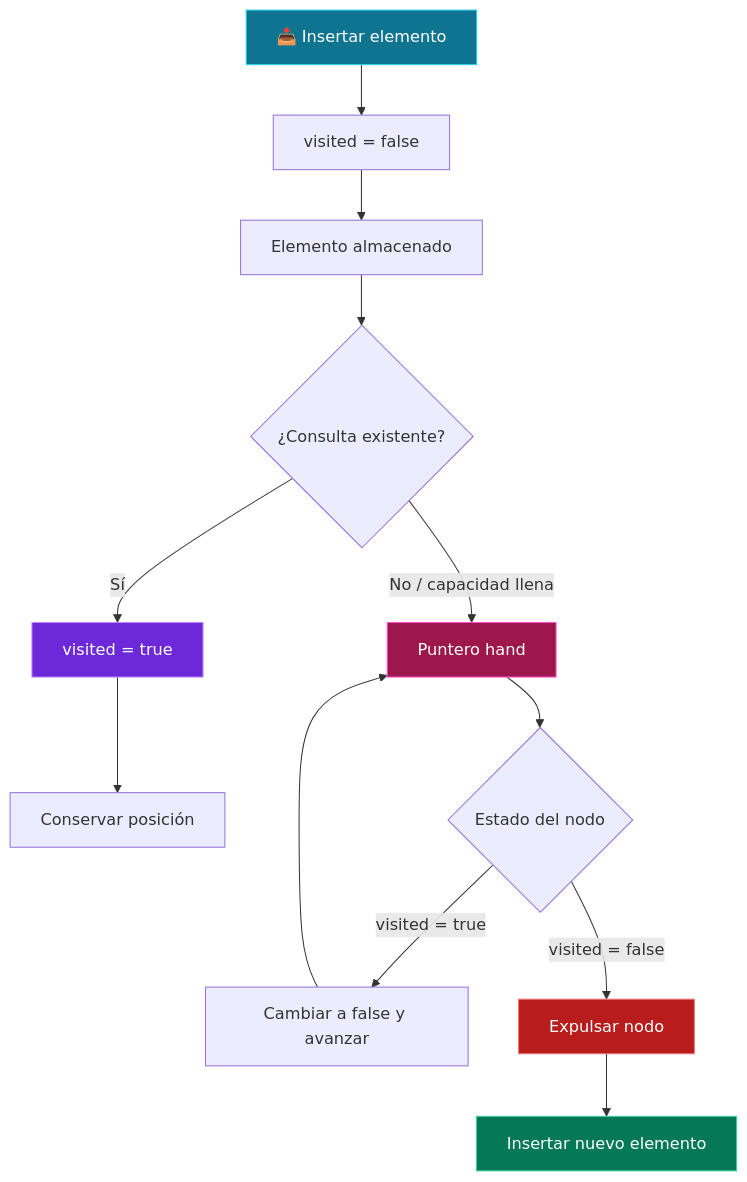
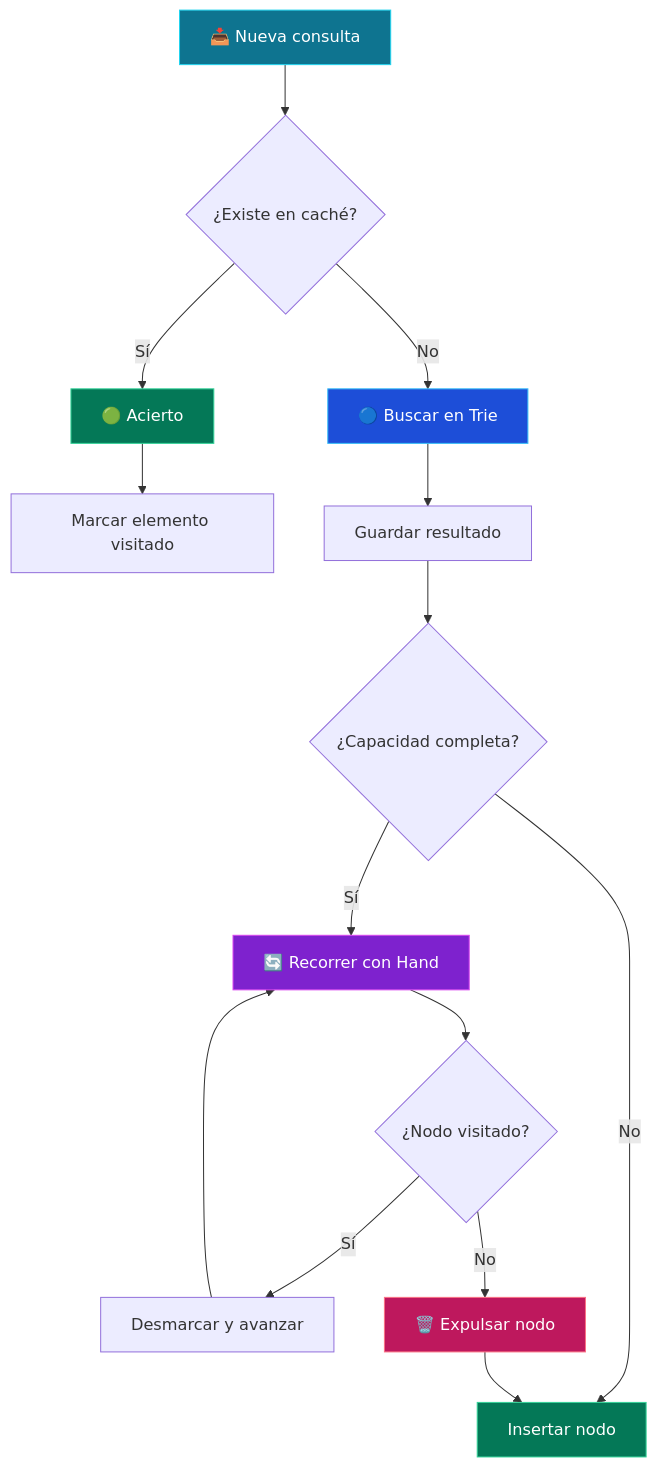
One commit to yimmyangulotorres-ui/POO changed the second of 3 diagrams in README.md. Above: the diagram before and after it, drawn with Mermaid. The commit also changed other lines of this file, not shown here.

````diff
--- a/README.md
+++ b/README.md
@@ -267,20 +167,23 @@
 ```mermaid
 flowchart TD
-    A["📥 Insertar elemento"] --> B["visited = false"]
-    B --> C["Elemento almacenado"]
-    C --> D{"¿Consulta existente?"}
-    D -->|"Sí"| E["visited = true"]
-    E --> F["Conservar posición"]
-    D -->|"No / capacidad llena"| G["Puntero hand"]
-    G --> H{"Estado del nodo"}
-    H -->|"visited = true"| I["Cambiar a false y avanzar"]
-    I --> G
-    H -->|"visited = false"| J["Expulsar nodo"]
-    J --> K["Insertar nuevo elemento"]
+    A["📥 Nueva consulta"] --> B{"¿Existe en caché?"}
+    B -->|Sí| C["🟢 Acierto"]
+    C --> D["Marcar elemento visitado"]
+    B -->|No| E["🔵 Buscar en Trie"]
+    E --> F["Guardar resultado"]
+    F --> G{"¿Capacidad completa?"}
+    G -->|No| H["Insertar nodo"]
+    G -->|Sí| I["🔄 Recorrer con Hand"]
+    I --> J{"¿Nodo visitado?"}
+    J -->|Sí| K["Desmarcar y avanzar"]
+    K --> I
+    J -->|No| L["🗑️ Expulsar nodo"]
+    L --> H
 
     style A fill:#0E7490,stroke:#22D3EE,color:white
-    style E fill:#6D28D9,stroke:#C084FC,color:white
-    style G fill:#9D174D,stroke:#FF4ECD,color:white
-    style J fill:#B91C1C,stroke:#F87171,color:white
-    style K fill:#047857,stroke:#34D399,color:white
+    style C fill:#047857,stroke:#34D399,color:white
+    style E fill:#1D4ED8,stroke:#38BDF8,color:white
+    style I fill:#7E22CE,stroke:#D946EF,color:white
+    style L fill:#BE185D,stroke:#FB7185,color:white
+    style H fill:#047857,stroke:#34D399,color:white
 ```
````
